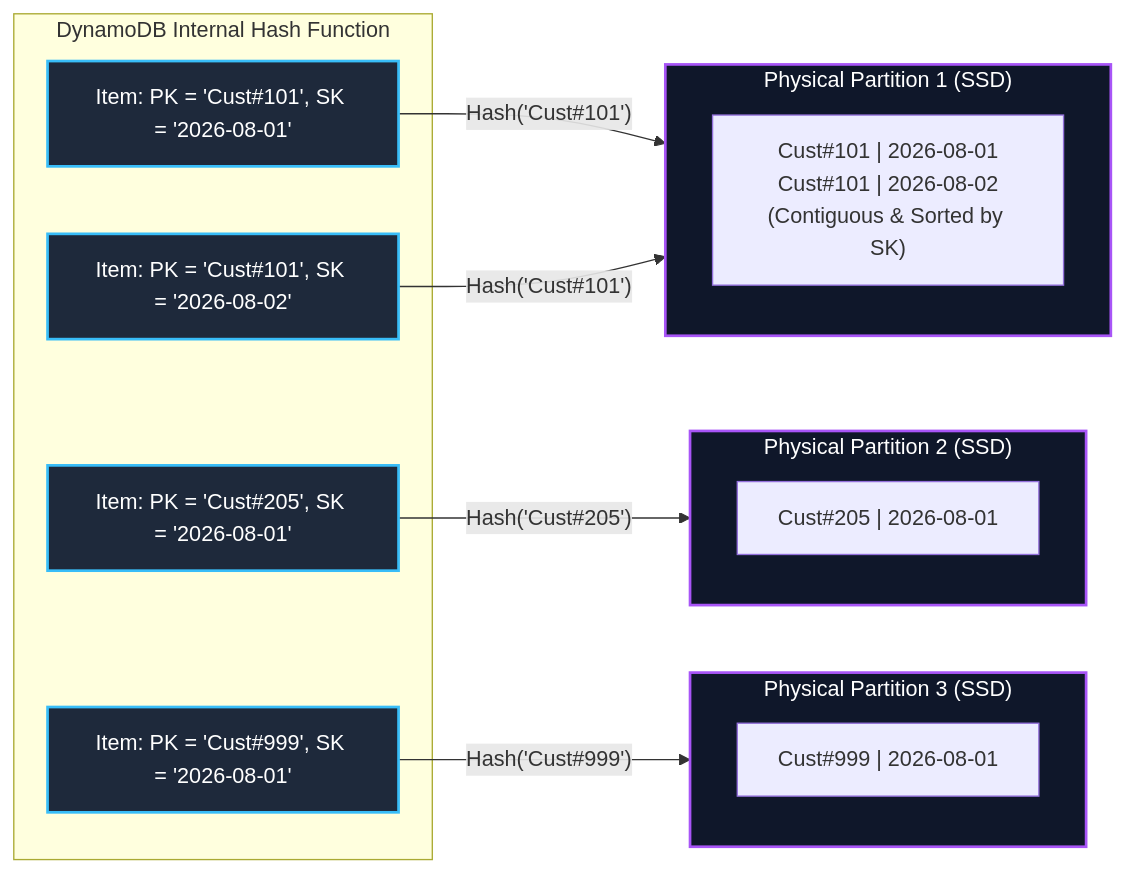
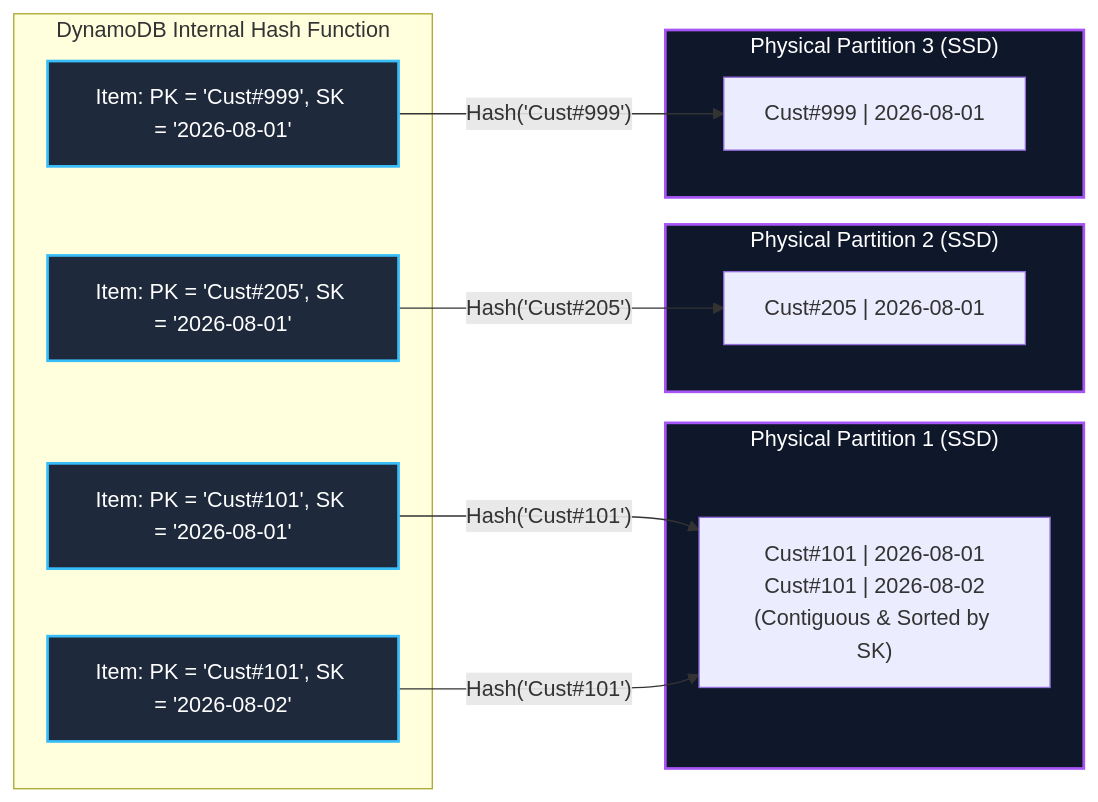
Before and after one commit to Wathon/aws-dea-c01-note: the second of 7 diagrams in content/02-services/database/dynamodb.md, drawn with Mermaid. The commit also changed other lines of this file and 5 other files, not shown here.

Commit message:
fix(mermaid): resolve reserved keyword classDef and subgraph edge endpoint parse errors

````diff
--- a/content/02-services/database/dynamodb.md
+++ b/content/02-services/database/dynamodb.md
@@ -113,31 +115,32 @@
 ```mermaid
 graph LR
     subgraph HashRouter["DynamoDB Internal Hash Function"]
         PK1["Item: PK = 'Cust#101', SK = '2026-08-01'"]
         PK2["Item: PK = 'Cust#101', SK = '2026-08-02'"]
         PK3["Item: PK = 'Cust#205', SK = '2026-08-01'"]
         PK4["Item: PK = 'Cust#999', SK = '2026-08-01'"]
     end
 
     subgraph Partition1["Physical Partition 1 (SSD)"]
         P1Items["Cust#101 | 2026-08-01<br/>Cust#101 | 2026-08-02<br/>(Contiguous & Sorted by SK)"]
     end
 
     subgraph Partition2["Physical Partition 2 (SSD)"]
         P2Items["Cust#205 | 2026-08-01"]
     end
 
     subgraph Partition3["Physical Partition 3 (SSD)"]
         P3Items["Cust#999 | 2026-08-01"]
     end
 
-    PK1 & PK2 -->|"Hash('Cust#101')"| Partition1
-    PK3 -->|"Hash('Cust#205')"| Partition2
-    PK4 -->|"Hash('Cust#999')"| Partition3
+    PK1 -->|"Hash('Cust#101')"| P1Items
+    PK2 -->|"Hash('Cust#101')"| P1Items
+    PK3 -->|"Hash('Cust#205')"| P2Items
+    PK4 -->|"Hash('Cust#999')"| P3Items
 
     classDef hash fill:#1e293b,stroke:#38bdf8,stroke-width:2px,color:#fff;
     classDef part fill:#0f172a,stroke:#a855f7,stroke-width:2px,color:#fff;
 
     class PK1,PK2,PK3,PK4 hash;
     class Partition1,Partition2,Partition3 part;
 ```
````
